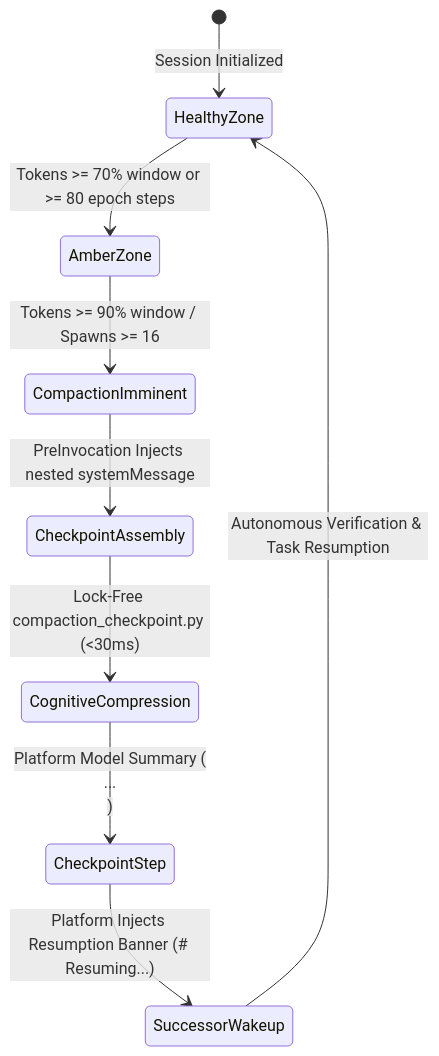
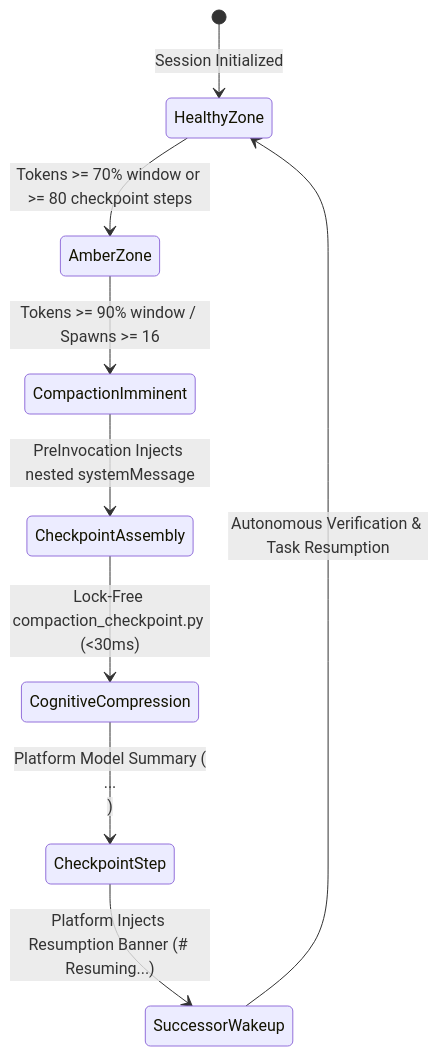
One commit to kuasha420/agyis-harness changed the fourth of 5 diagrams in docs/official-specs/cockpit-director.md. Above: the diagram before and after it, drawn with Mermaid. The commit also changed other lines of this file and 75 other files, not shown here.

First line of the commit message:
fix(gui,cli,checkpoint): HUD checkpoint selection/playback, lazy CLI/liveness & epoch->checkpoint SSOT (Wave 1.4)

````diff
--- a/docs/official-specs/cockpit-director.md
+++ b/docs/official-specs/cockpit-director.md
@@ -288,11 +288,11 @@
 ```mermaid
 stateDiagram-v2
     [*] --> HealthyZone: Session Initialized
-    HealthyZone --> AmberZone: Tokens >= 70% window or >= 80 epoch steps
+    HealthyZone --> AmberZone: Tokens >= 70% window or >= 80 checkpoint steps
     AmberZone --> CompactionImminent: Tokens >= 90% window / Spawns >= 16
     CompactionImminent --> CheckpointAssembly: PreInvocation Injects nested systemMessage
     CheckpointAssembly --> CognitiveCompression: Lock-Free compaction_checkpoint.py (<30ms)
     CognitiveCompression --> CheckpointStep: Platform Model Summary (<summary>...</summary>)
     CheckpointStep --> SuccessorWakeup: Platform Injects Resumption Banner (# Resuming...)
     SuccessorWakeup --> HealthyZone: Autonomous Verification & Task Resumption
 ```
````
